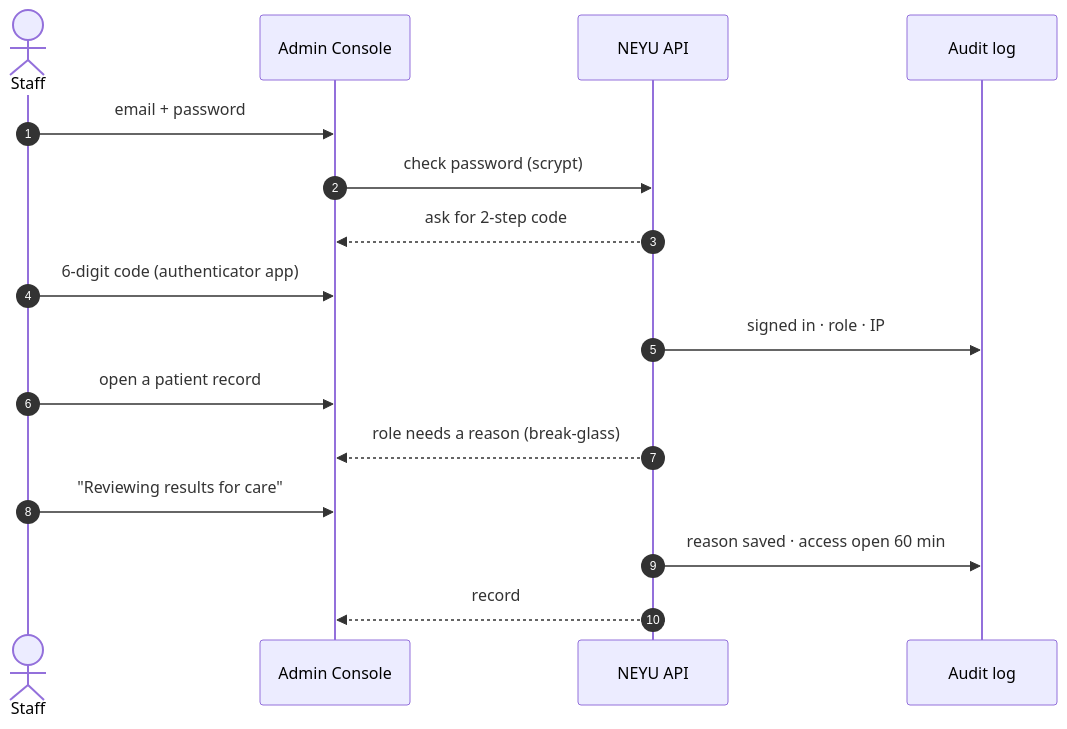
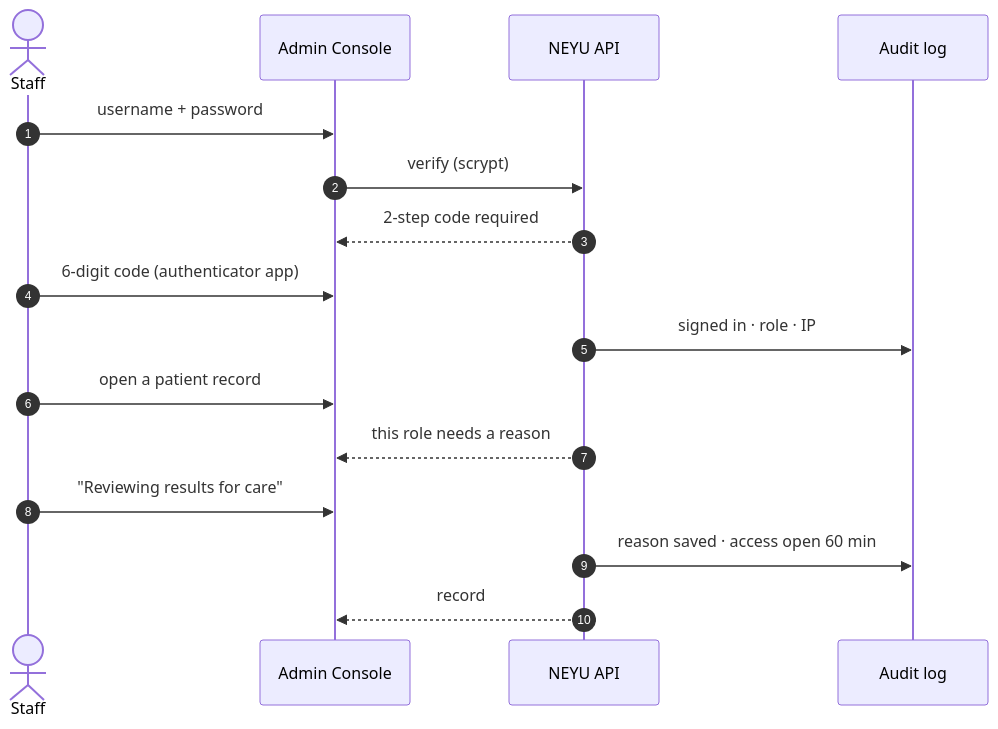
The sixth of 11 diagrams in README.md (arshdeepsingh11/Neyu-AI), drawn with Mermaid before and after one commit. The commit also changed other lines of this file and 2 other files, not shown here.

Commit message:
Rewrite README as product documentation with charts

````diff
--- a/README.md
+++ b/README.md
@@ -90,18 +243,18 @@
 ```mermaid
 sequenceDiagram
   autonumber
   actor Staff
   participant Console as Admin Console
   participant API as NEYU API
   participant Log as Audit log
-  Staff->>Console: email + password
-  Console->>API: check password (scrypt)
-  API-->>Console: ask for 2-step code
+  Staff->>Console: username + password
+  Console->>API: verify (scrypt)
+  API-->>Console: 2-step code required
   Staff->>Console: 6-digit code (authenticator app)
   API->>Log: signed in · role · IP
   Staff->>Console: open a patient record
-  API-->>Console: role needs a reason (break-glass)
+  API-->>Console: this role needs a reason
   Staff->>Console: "Reviewing results for care"
   API->>Log: reason saved · access open 60 min
   API-->>Console: record
 ```
````
